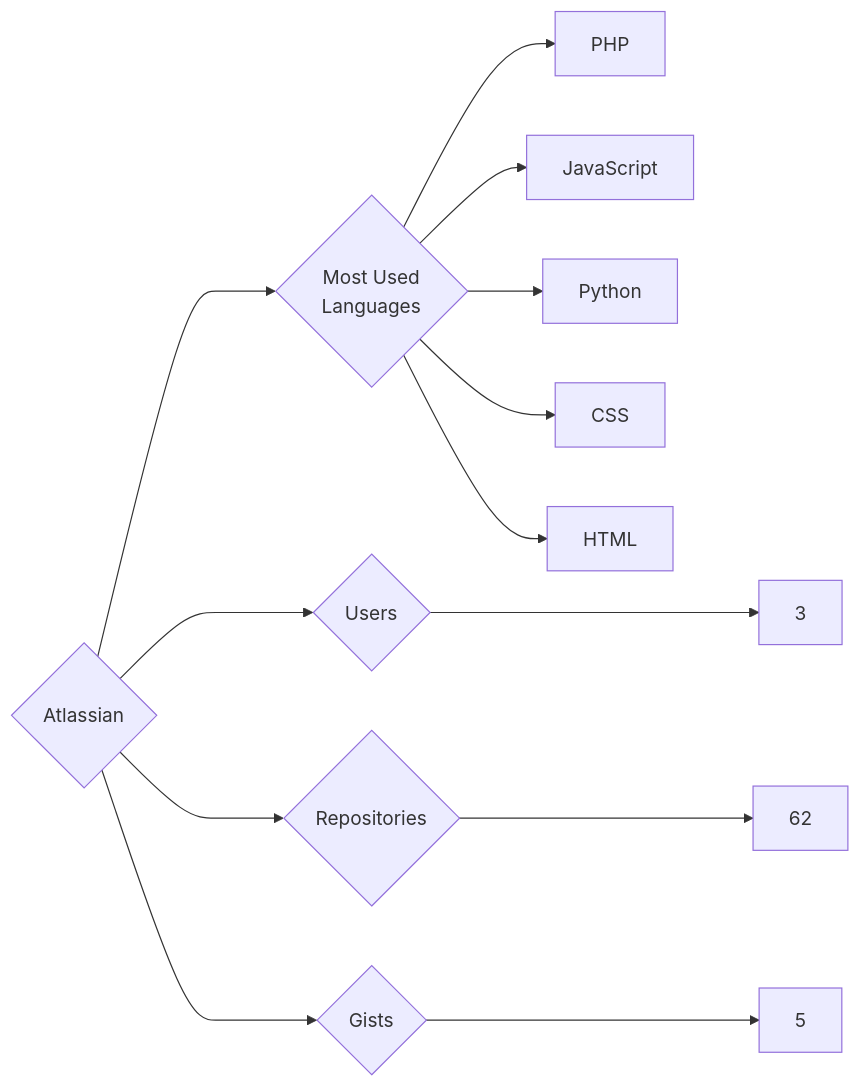
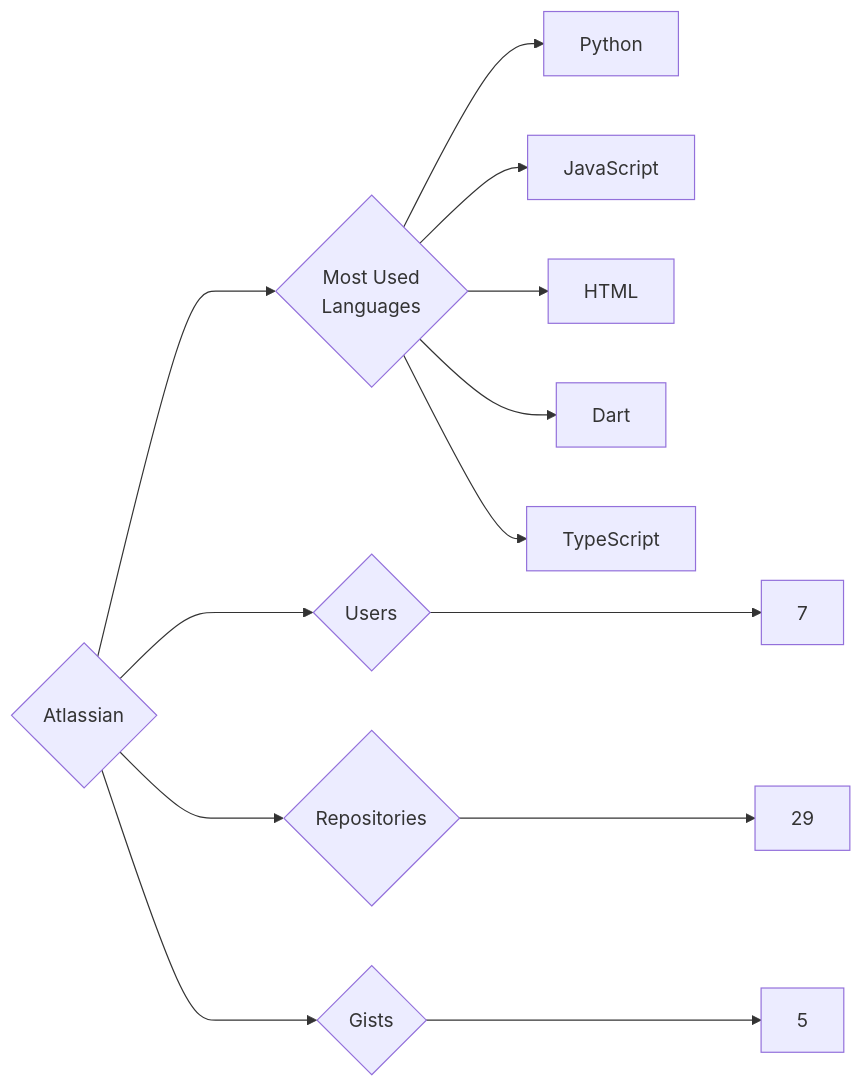
Before and after one commit to trickest/insiders: the diagram in targets/Atlassian/README.md, drawn with Mermaid. The commit also changed 1141 other files, not shown here.

````diff
--- a/targets/Atlassian/README.md
+++ b/targets/Atlassian/README.md
@@ -3,13 +3,13 @@
 ```mermaid
 graph LR
 COMPANY_NAME{Atlassian}
-COMPANY_NAME ---> U{Users} ---> UN[3]
-COMPANY_NAME ---> R{Repositories} ---> RN[62]
+COMPANY_NAME ---> U{Users} ---> UN[7]
+COMPANY_NAME ---> R{Repositories} ---> RN[29]
 COMPANY_NAME ---> G{Gists} ---> GN[5]
 COMPANY_NAME ---> ML{Most Used<br>Languages}
-ML --> PHP[PHP]
+ML --> Python[Python]
 ML --> JavaScript[JavaScript]
-ML --> Python[Python]
-ML --> CSS[CSS]
 ML --> HTML[HTML]
+ML --> Dart[Dart]
+ML --> TypeScript[TypeScript]
 ```
````
